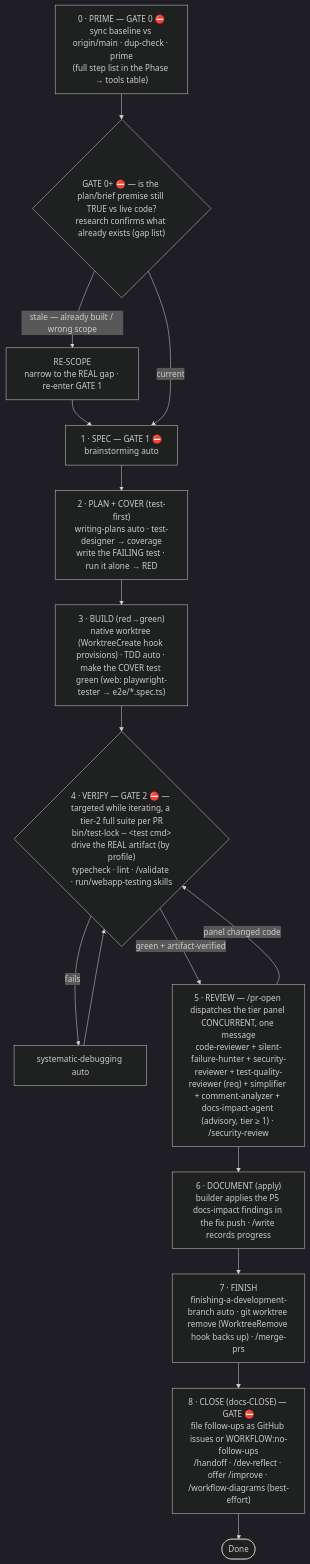
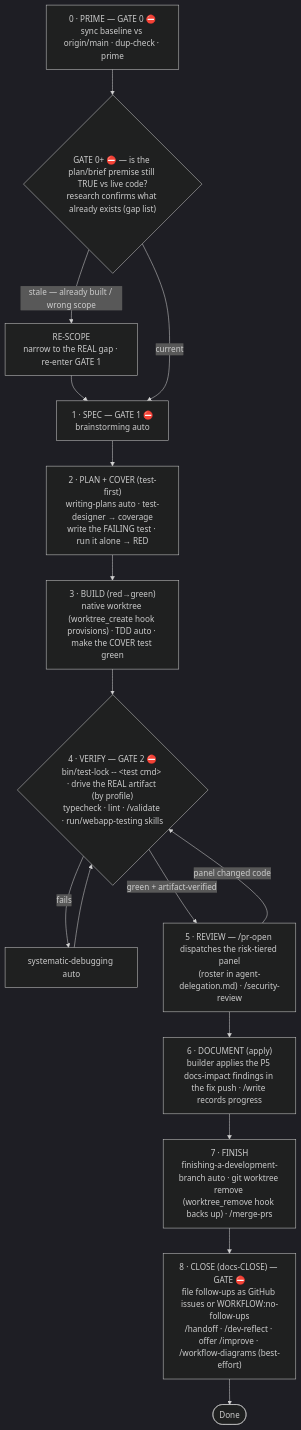
The first of 3 diagrams in .claude/rules/workflow.md (HenriGeorge/Yannick), drawn with Mermaid (dark theme) before and after one commit. The commit also changed other lines of this file and 8 other files, not shown here.

````diff
--- a/.claude/rules/workflow.md
+++ b/.claude/rules/workflow.md
@@ -45,20 +40,20 @@
 ```mermaid
 flowchart TD
-    P0["0 · PRIME — GATE 0 ⛔<br/>sync baseline vs origin/main · dup-check · prime<br/>(full step list in the Phase → tools table)"] --> G0
+    P0["0 · PRIME — GATE 0 ⛔<br/>sync baseline vs origin/main · dup-check · prime"] --> G0
     G0{"GATE 0+ ⛔ — is the plan/brief premise still TRUE vs live code?<br/>research confirms what already exists (gap list)"}
     G0 -->|"stale — already built / wrong scope"| RS["RE-SCOPE<br/>narrow to the REAL gap · re-enter GATE 1"]
     RS --> P1
     G0 -->|"current"| P1
     P1["1 · SPEC — GATE 1 ⛔<br/>brainstorming auto"] --> P2
     P2["2 · PLAN + COVER (test-first)<br/>writing-plans auto · test-designer → coverage<br/>write the FAILING test · run it alone → RED"] --> P3
-    P3["3 · BUILD (red→green)<br/>native worktree (WorktreeCreate hook provisions) · TDD auto · make the COVER test green (web: playwright-tester → e2e/*.spec.ts)"] --> P4
-    P4{"4 · VERIFY — GATE 2 ⛔ — targeted while iterating, a tier-2 full suite per PR<br/>bin/test-lock -- &lt;test cmd&gt;<br/>drive the REAL artifact (by profile)<br/>typecheck · lint · /validate · run/webapp-testing skills"}
+    P3["3 · BUILD (red→green)<br/>native worktree (worktree_create hook provisions) · TDD auto · make the COVER test green"] --> P4
+    P4{"4 · VERIFY — GATE 2 ⛔<br/>bin/test-lock -- &lt;test cmd&gt; · drive the REAL artifact (by profile)<br/>typecheck · lint · /validate · run/webapp-testing skills"}
     P4 -->|fails| DBG["systematic-debugging auto"]
     DBG --> P4
-    P4 -->|"green + artifact-verified"| P5["5 · REVIEW — /pr-open dispatches the tier panel CONCURRENT, one message<br/>code-reviewer + silent-failure-hunter + security-reviewer + test-quality-reviewer (req) + simplifier + comment-analyzer + docs-impact-agent (advisory, tier ≥ 1) · /security-review"]
+    P4 -->|"green + artifact-verified"| P5["5 · REVIEW — /pr-open dispatches the risk-tiered panel<br/>(roster in agent-delegation.md) · /security-review"]
     P5 -->|"panel changed code"| P4
     P5 --> P6["6 · DOCUMENT (apply)<br/>builder applies the P5 docs-impact findings in the fix push · /write records progress"]
-    P6 --> P7["7 · FINISH<br/>finishing-a-development-branch auto · git worktree remove (WorktreeRemove hook backs up) · /merge-prs"]
+    P6 --> P7["7 · FINISH<br/>finishing-a-development-branch auto · git worktree remove (worktree_remove hook backs up) · /merge-prs"]
     P7 --> P8["8 · CLOSE (docs-CLOSE) — GATE ⛔<br/>file follow-ups as GitHub issues or WORKFLOW:no-follow-ups<br/>/handoff · /dev-reflect · offer /improve · /workflow-diagrams (best-effort)"]
     P8 --> Done([Done])
 ```
````
